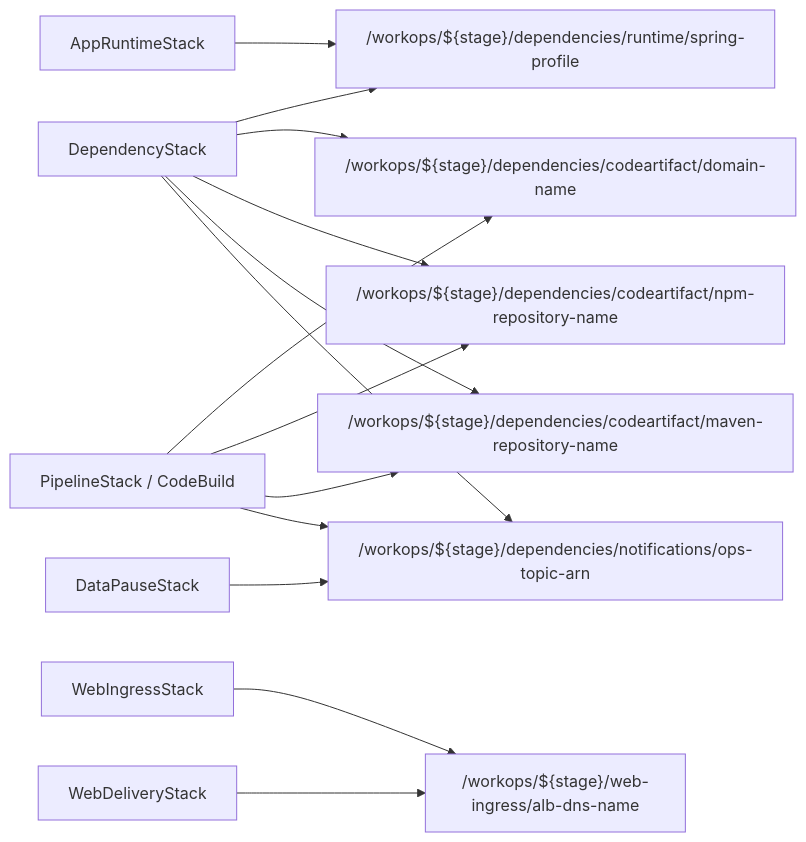
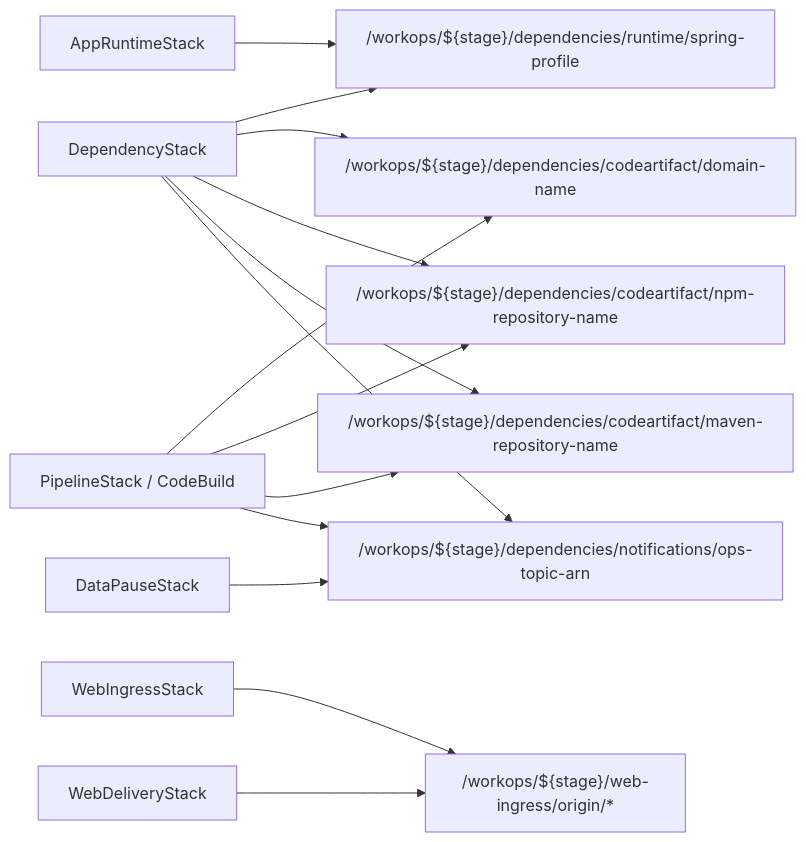
Before and after one commit to kyiwanami/workops: the third of 4 diagrams in docs/implementation/phase2-beta/phases.md, drawn with Mermaid. The commit also changed other lines of this file and 3 other files, not shown here.

Commit message:
docs: revise web delivery ingress split contract

````diff
--- a/docs/implementation/phase2-beta/phases.md
+++ b/docs/implementation/phase2-beta/phases.md
@@ -167,19 +167,19 @@
 ```mermaid
 flowchart LR
   Dependency["DependencyStack"] --> SpringProfile["/workops/${stage}/dependencies/runtime/spring-profile"]
   Dependency --> CodeArtifactDomain["/workops/${stage}/dependencies/codeartifact/domain-name"]
   Dependency --> NpmRepository["/workops/${stage}/dependencies/codeartifact/npm-repository-name"]
   Dependency --> MavenRepository["/workops/${stage}/dependencies/codeartifact/maven-repository-name"]
   Dependency --> OpsTopic["/workops/${stage}/dependencies/notifications/ops-topic-arn"]
 
   Pipeline["PipelineStack / CodeBuild"] --> CodeArtifactDomain
   Pipeline --> NpmRepository
   Pipeline --> MavenRepository
   Pipeline --> OpsTopic
 
   DataPause["DataPauseStack"] --> OpsTopic
   AppRuntime["AppRuntimeStack"] --> SpringProfile
 
-  WebIngress["WebIngressStack"] --> AlbDnsName["/workops/${stage}/web-ingress/alb-dns-name"]
-  WebDelivery["WebDeliveryStack"] --> AlbDnsName
+  WebIngress["WebIngressStack"] --> OriginContract["/workops/${stage}/web-ingress/origin/*"]
+  WebDelivery["WebDeliveryStack"] --> OriginContract
 ```
````
